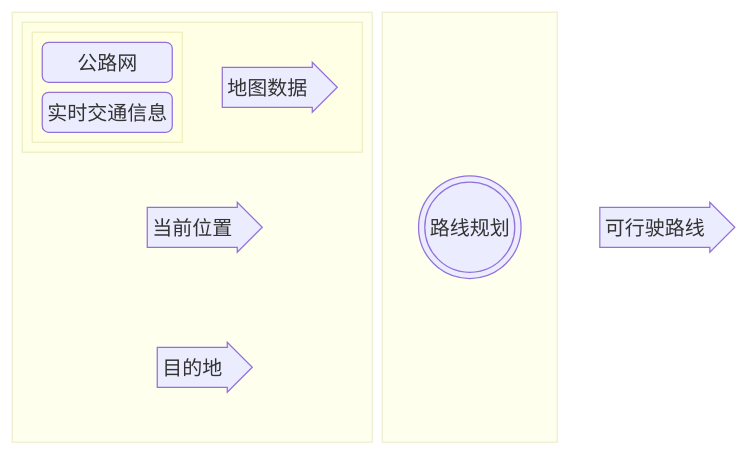
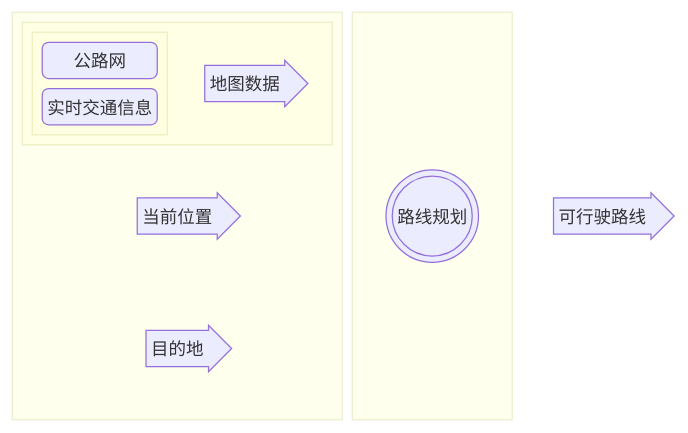
Before and after one commit to fenwickxie/notes: the third of 6 diagrams in automatic_driving/apollo/self-driving_fundamentals.md, drawn with Mermaid. The commit also changed other lines of this file and 1 other file, not shown here.

````diff
--- a/automatic_driving/apollo/self-driving_fundamentals.md
+++ b/automatic_driving/apollo/self-driving_fundamentals.md
@@ -137,25 +144,32 @@
-  ```mermaid
-  block-beta
-  columns 4
-    block:block0:2
-      columns 1
-      block:block00:1
-        columns 2
-        block:block000:1
-          columns 1
-          A("公路网"):1
-          B("实时交通信息"):1
-        end
-        blockArrowId1<["地图数据"]>(right):1
+```mermaid
+---
+config:
+  theme: default
+  themeVariables:
+    fontFamily: 'Times new Roman'
+    fontSize: 14px
+---
+block-beta
+columns 4
+  block:block0:2
+    columns 1
+    block:block00:1
+      columns 2
+      block:block000:1
+        columns 1
+        A("公路网"):1
+        B("实时交通信息"):1
       end
-      blockArrowId3<["当前位置"]>(right):1
-      blockArrowId4<["目的地"]>(right):1
+      blockArrowId1<["地图数据"]>(right):1
     end
+    blockArrowId3<["当前位置"]>(right):1
+    blockArrowId4<["目的地"]>(right):1
+  end
 
-    block:block1:1
-      C((("路线规划")))
-    end
+  block:block1:1
+    C((("路线规划")))
+  end
 
-    blockArrowId2<["可行驶路线"]>(right):1
+  blockArrowId2<["可行驶路线"]>(right):1
 
-  ```
+```
````
